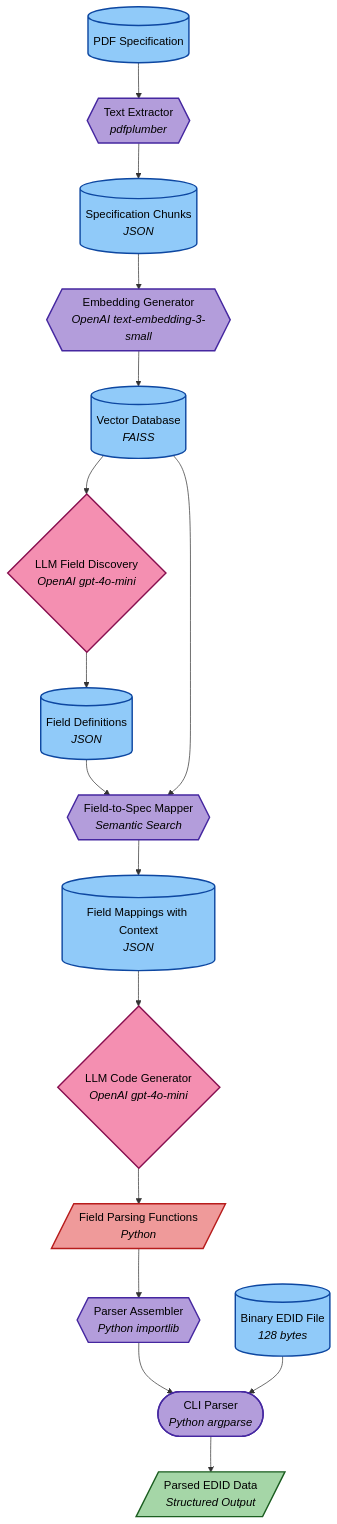
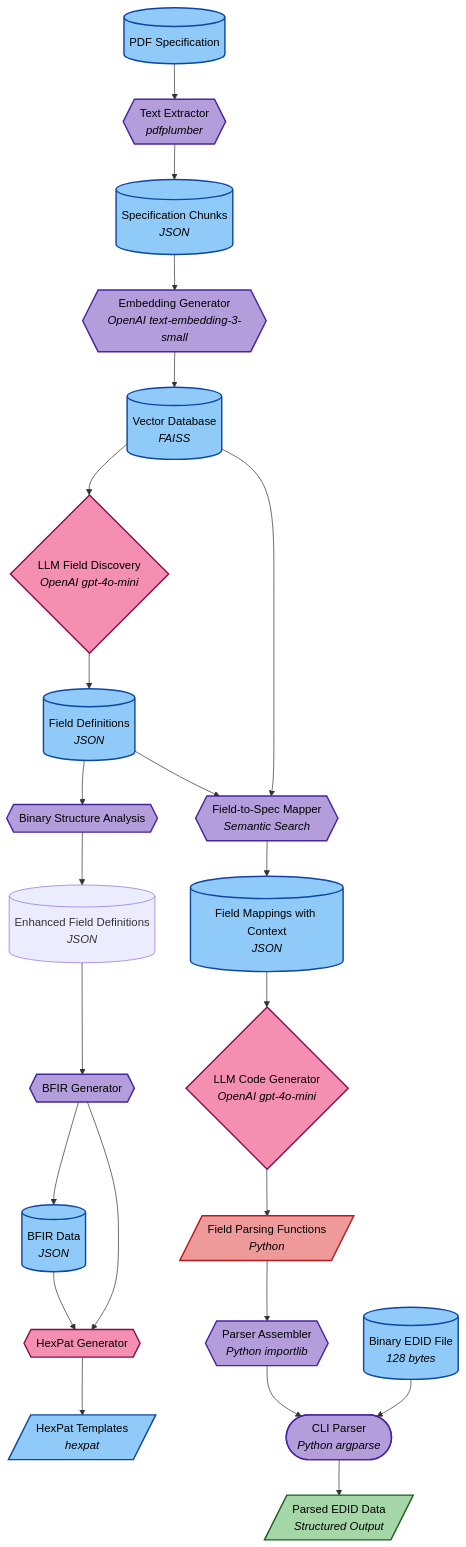
Before and after one commit to FunctionalStandards/edidforge-mini: the diagram in README.md, drawn with Mermaid. The commit also changed other lines of this file and 11 other files, not shown here.

Commit message:
generating bfir hexpat but unusable

````diff
--- a/README.md
+++ b/README.md
@@ -18,46 +18,59 @@
 ```mermaid
 flowchart TD
     %% Main Components
     PDF[(PDF Specification)] --> Extractor{{Text Extractor<br/><i>pdfplumber</i>}}
     Extractor --> Chunks[(Specification Chunks<br/><i>JSON</i>)]
     Chunks --> Embedder{{Embedding Generator<br/><i>OpenAI text-embedding-3-small</i>}}
     
     %% Vector Store
     Embedder --> VectorDB[(Vector Database<br/><i>FAISS</i>)]
     
     %% Field Discovery Path
     VectorDB --> FieldDiscovery{LLM Field Discovery<br/><i>OpenAI gpt-4o-mini</i>}
     FieldDiscovery --> FieldDefs[(Field Definitions<br/><i>JSON</i>)]
     
     %% Field Mapping
     FieldDefs --> Mapper{{Field-to-Spec Mapper<br/><i>Semantic Search</i>}}
     VectorDB --> Mapper
     Mapper --> FieldMappings[(Field Mappings with Context<br/><i>JSON</i>)]
     
     %% Code Generation
     FieldMappings --> CodeGen{LLM Code Generator<br/><i>OpenAI gpt-4o-mini</i>}
     CodeGen --> Parsers[/Field Parsing Functions<br/><i>Python</i>/]
     
+    %% Binary Structure Analysis
+    FieldDefs --> BinaryStructureAnalysis{{Binary Structure Analysis}}
+    BinaryStructureAnalysis --> EnhancedFieldDefs[(Enhanced Field Definitions<br/><i>JSON</i>)]
+    
+    %% BFIR Generation
+    EnhancedFieldDefs --> BFIRGenerator{{BFIR Generator}}
+    BFIRGenerator --> BFIR[(BFIR Data<br/><i>JSON</i>)]
+    
+    %% HexPat Generation
+    BFIR --> HexPatGenerator{{HexPat Generator}}
+    BFIRGenerator --> HexPatGenerator
+    HexPatGenerator --> HexPat[/HexPat Templates<br/><i>hexpat</i>/]
+    
     %% Parser Assembly
     Parsers --> Assembler{{Parser Assembler<br/><i>Python importlib</i>}}
     Assembler --> CLI([CLI Parser<br/><i>Python argparse</i>])
     
     %% Input/Output
     BinaryFile[(Binary EDID File<br/><i>128 bytes</i>)] --> CLI
     CLI --> ParsedData[/Parsed EDID Data<br/><i>Structured Output</i>/]
     
     %% Styling with more vibrant colors
     classDef input fill:#90CAF9,stroke:#0D47A1,stroke-width:2px,color:#000;
     classDef output fill:#A5D6A7,stroke:#1B5E20,stroke-width:2px,color:#000;
     classDef llm fill:#F48FB1,stroke:#880E4F,stroke-width:2px,color:#000;
     classDef storage fill:#FFCC80,stroke:#E65100,stroke-width:2px,color:#000;
     classDef process fill:#212121,stroke:#9E9E9E,stroke-width:2px,color:#FFF;
     classDef modifiable fill:#B39DDB,stroke:#4527A0,stroke-width:2px,color:#000;
     classDef generated fill:#EF9A9A,stroke:#B71C1C,stroke-width:2px,color:#000;
     
-    class PDF,BinaryFile,Chunks,VectorDB,FieldDefs,FieldMappings input;
+    class PDF,BinaryFile,Chunks,VectorDB,FieldDefs,FieldMappings,BFIR,HexPat input;
     class ParsedData output;
-    class FieldDiscovery,CodeGen llm;
+    class FieldDiscovery,CodeGen,HexPatGenerator llm;
     class Parsers generated;
-    class Extractor,Embedder,Mapper,Assembler,CLI modifiable;
+    class Extractor,Embedder,Mapper,BinaryStructureAnalysis,BFIRGenerator,Assembler,CLI modifiable;
 ```
````
